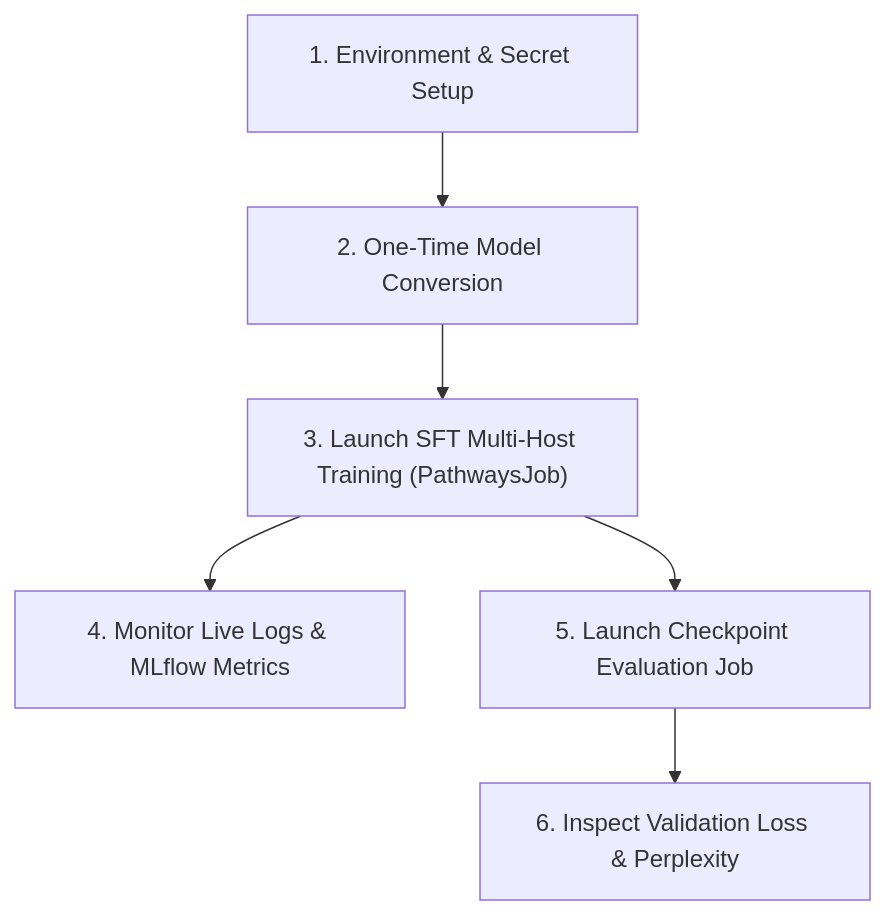
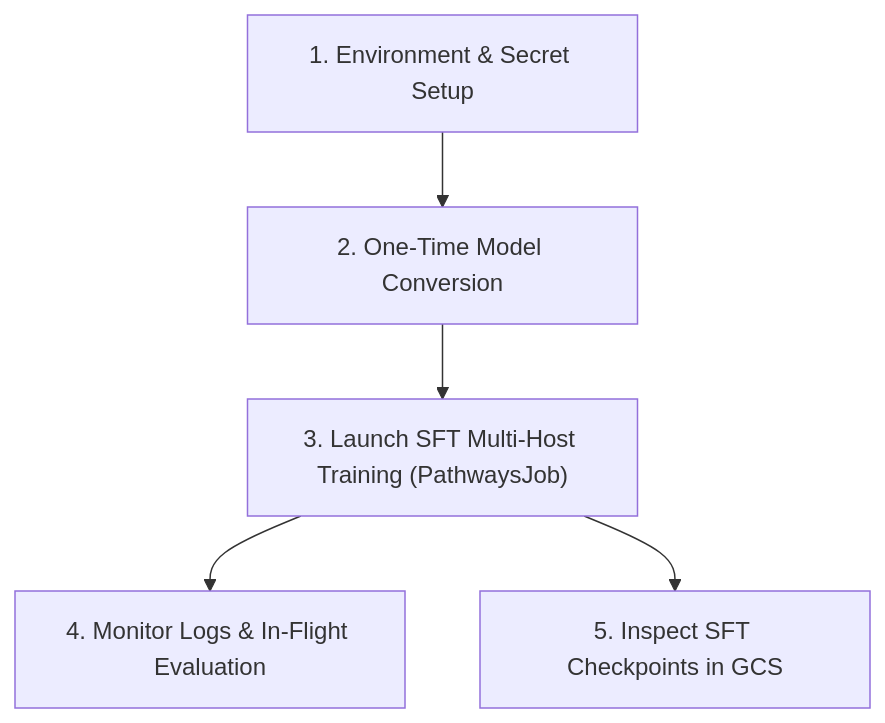
The diagram in platforms/gke/base/use-cases/training-ref-arch/kubernetes-manifests/sft-tpu-maxtext-multi-host/README.md (GoogleCloudPlatform/accelerated-platforms), drawn with Mermaid before and after one commit. The commit also changed other lines of this file and 25 other files, not shown here.

````diff
--- a/platforms/gke/base/use-cases/training-ref-arch/kubernetes-manifests/sft-tpu-maxtext-multi-host/README.md
+++ b/platforms/gke/base/use-cases/training-ref-arch/kubernetes-manifests/sft-tpu-maxtext-multi-host/README.md
@@ -12,8 +12,7 @@
 ```mermaid
 flowchart TD
     Setup["1. Environment & Secret Setup"] --> Convert["2. One-Time Model Conversion"]
     Convert --> Train["3. Launch SFT Multi-Host Training (PathwaysJob)"]
-    Train --> Monitor["4. Monitor Live Logs & MLflow Metrics"]
-    Train --> Eval["5. Launch Checkpoint Evaluation Job"]
-    Eval --> Results["6. Inspect Validation Loss & Perplexity"]
+    Train --> Monitor["4. Monitor Logs & In-Flight Evaluation"]
+    Train --> Checkpoint["5. Inspect SFT Checkpoints in GCS"]
 ```
````
